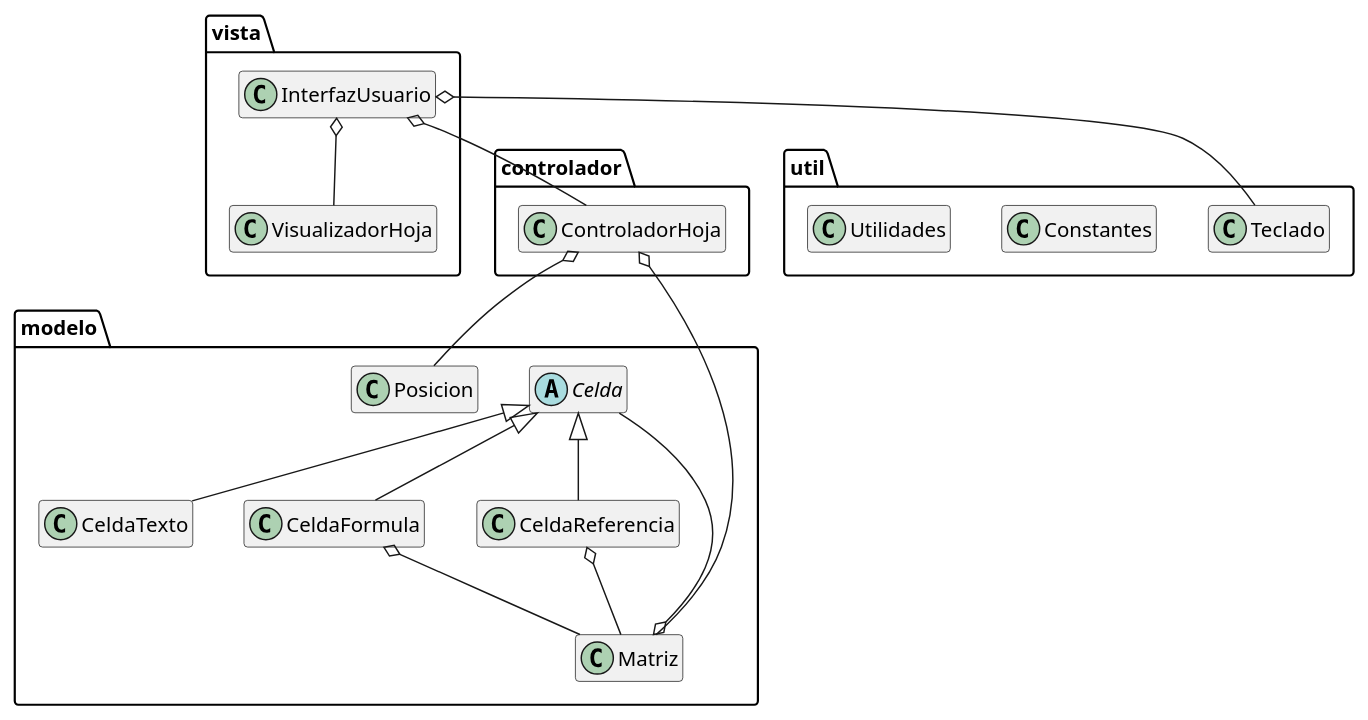
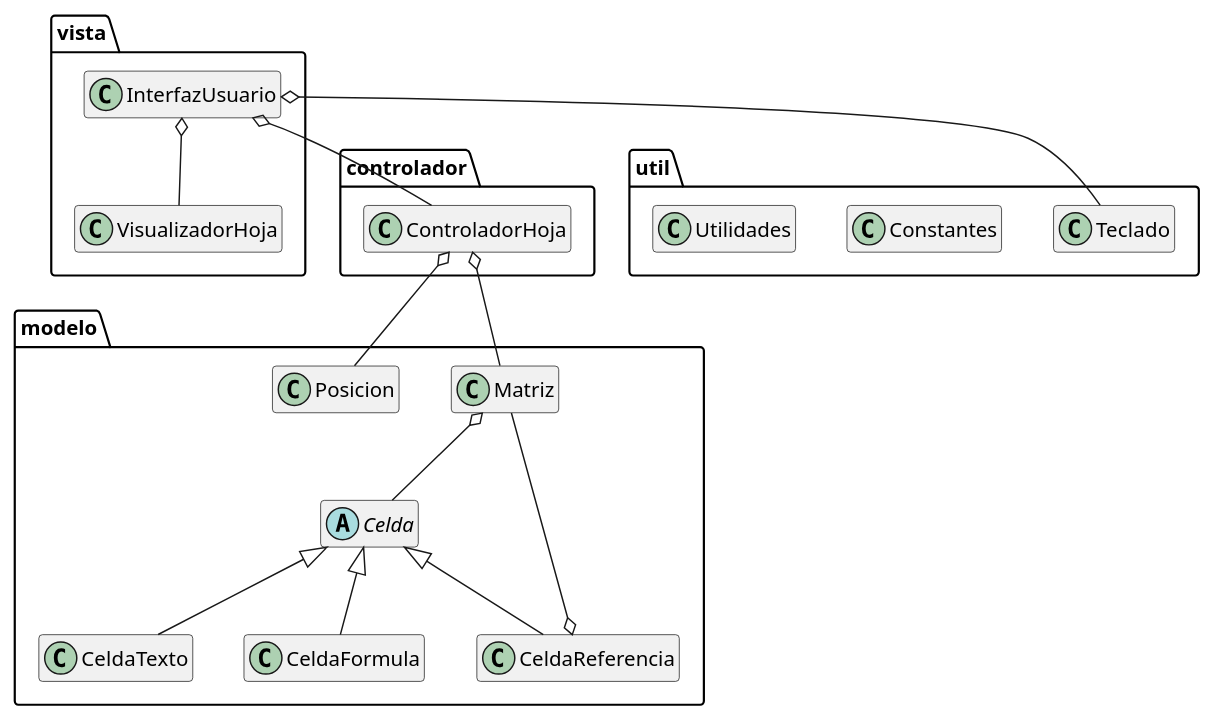
The diagram in modelosUML/DiagramaClases-V004.puml (oscarsantasanchez/24-25-IdSw2-SDD), drawn with PlantUML before and after one commit.

Commit message:
refactor(modelosUML): update class diagram relationships

```diff
--- a/modelosUML/DiagramaClases-V004.puml
+++ b/modelosUML/DiagramaClases-V004.puml
@@ -1,62 +1,61 @@
 @startuml DiagramaClases-V004
 package modelo {
     hide empty members
     abstract class Celda {
     }
     
     class CeldaTexto {
     }
     
     class CeldaFormula {
 }
     
     class CeldaReferencia {
  }
     
     class Matriz {
 }
     
     class Posicion {
 }
 }
 
 package controlador {
     hide empty members
     class ControladorHoja {
    }
 }
 
 package util {
     hide empty members
     class Teclado {
    }
     
     class Constantes {
  }
     
     class Utilidades {
    }
 }
 
 package vista {
     hide empty members
     class InterfazUsuario {
  }
     
     class VisualizadorHoja {
     }
 }
 
 Celda <|-- CeldaTexto
 Celda <|-- CeldaFormula
 Celda <|-- CeldaReferencia
 Matriz o-- Celda
-ControladorHoja o-- Matriz
+ControladorHoja o- Matriz
 ControladorHoja o-- Posicion
 InterfazUsuario o-- ControladorHoja
 InterfazUsuario o-- VisualizadorHoja
 InterfazUsuario o-- Teclado
-CeldaFormula o-- Matriz
 CeldaReferencia o-- Matriz
 
 @enduml
```
